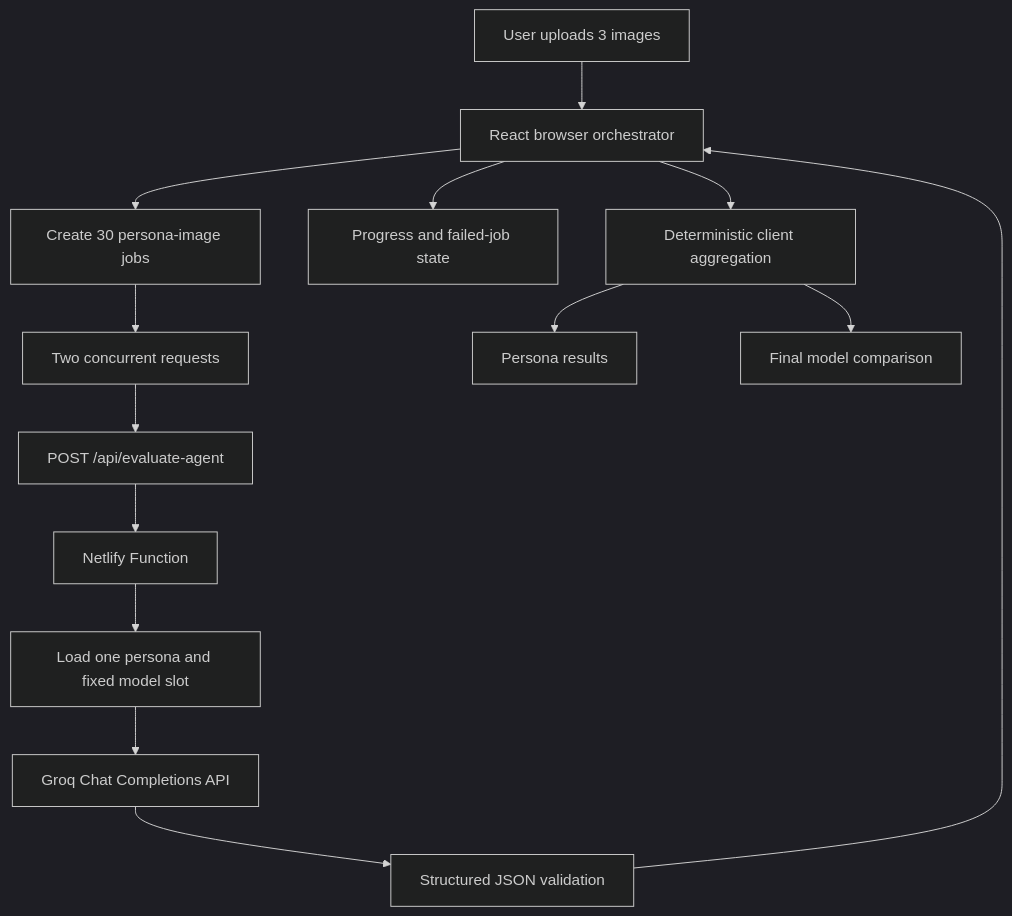
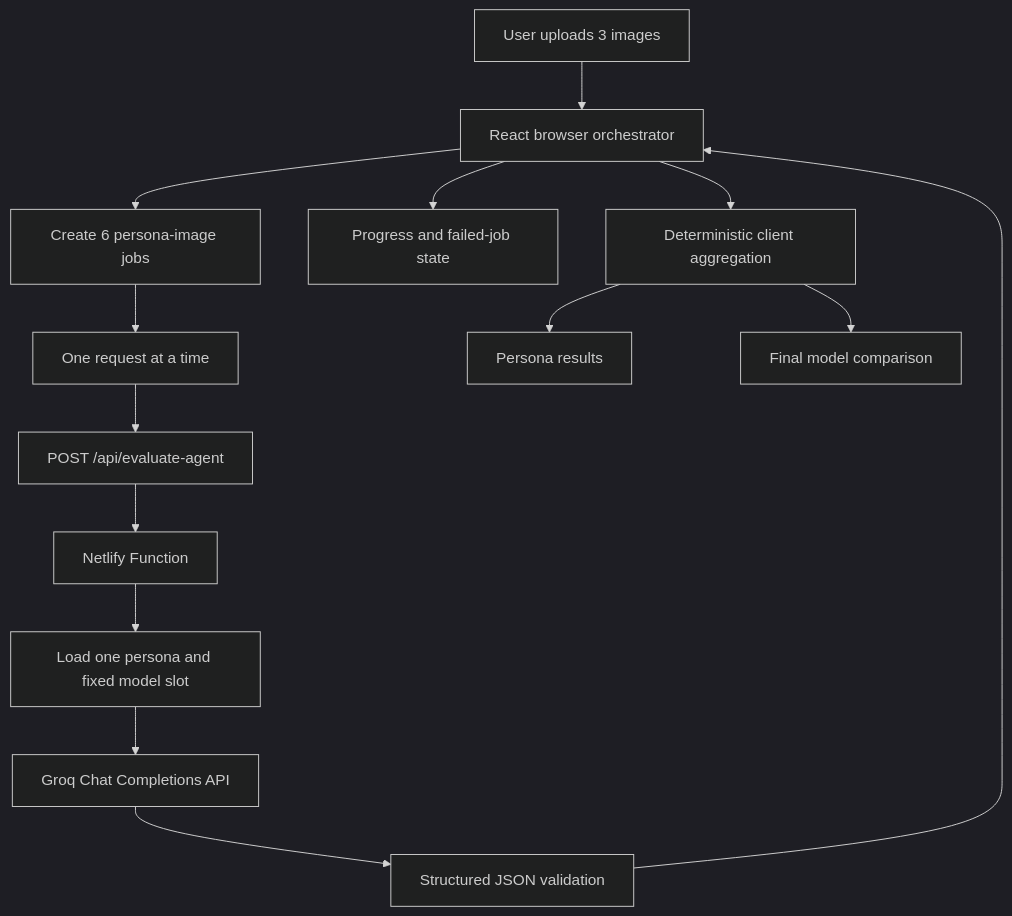
Before and after one commit to gptshivam595/VisualEval-MultiAgent: the diagram in README.md, drawn with Mermaid (dark theme). The commit also changed other lines of this file and 17 other files, not shown here.

````diff
--- a/README.md
+++ b/README.md
@@ -108,16 +110,16 @@
 ```mermaid
 flowchart TD
     A[User uploads 3 images] --> B[React browser orchestrator]
-    B --> C[Create 30 persona-image jobs]
-    C --> D[Two concurrent requests]
+    B --> C[Create 6 persona-image jobs]
+    C --> D[One request at a time]
     D --> E[POST /api/evaluate-agent]
     E --> F[Netlify Function]
     F --> G[Load one persona and fixed model slot]
     G --> H[Groq Chat Completions API]
     H --> I[Structured JSON validation]
     I --> B
     B --> J[Progress and failed-job state]
     B --> K[Deterministic client aggregation]
     K --> L[Persona results]
     K --> M[Final model comparison]
 ```
````
